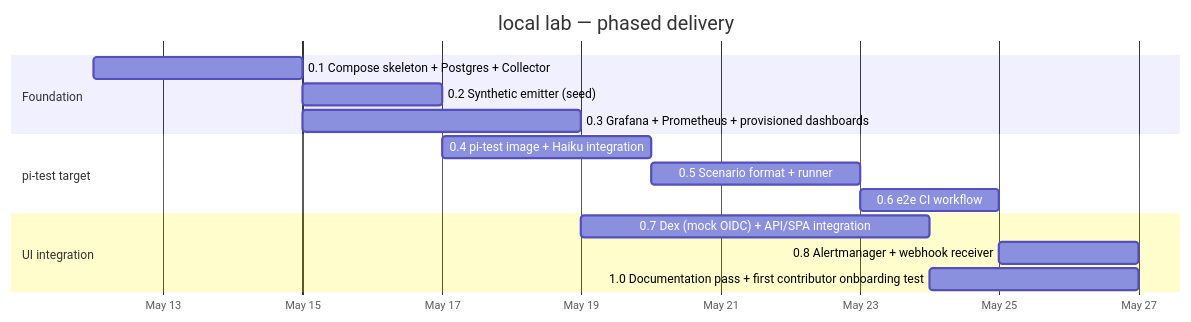
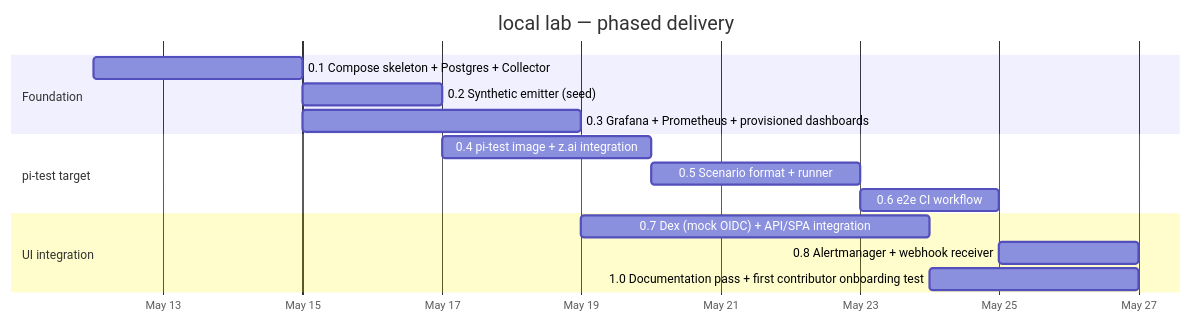
Before and after one commit to vilosource/agent-spend-dashboard: the fifth of 5 diagrams in docs/strategy/local-lab-STRATEGY.md, drawn with Mermaid. The commit also changed other lines of this file and 1 other file, not shown here.

````diff
--- a/docs/strategy/local-lab-STRATEGY.md
+++ b/docs/strategy/local-lab-STRATEGY.md
@@ -425,18 +451,18 @@
 ```mermaid
 gantt
    title local lab — phased delivery
    dateFormat YYYY-MM-DD
    axisFormat %b %d
    section Foundation
    0.1 Compose skeleton + Postgres + Collector :p01, 2026-05-12, 3d
    0.2 Synthetic emitter (seed)                :p02, after p01, 2d
    0.3 Grafana + Prometheus + provisioned dashboards :p03, after p01, 4d
    section pi-test target
-   0.4 pi-test image + Haiku integration       :p04, after p02, 3d
+   0.4 pi-test image + z.ai integration       :p04, after p02, 3d
    0.5 Scenario format + runner                :p05, after p04, 3d
    0.6 e2e CI workflow                         :p06, after p05, 2d
    section UI integration
    0.7 Dex (mock OIDC) + API/SPA integration   :p07, after p03, 5d
    0.8 Alertmanager + webhook receiver         :p08, after p06, 2d
    1.0 Documentation pass + first contributor onboarding test :p09, after p07, 3d
 ```
````
